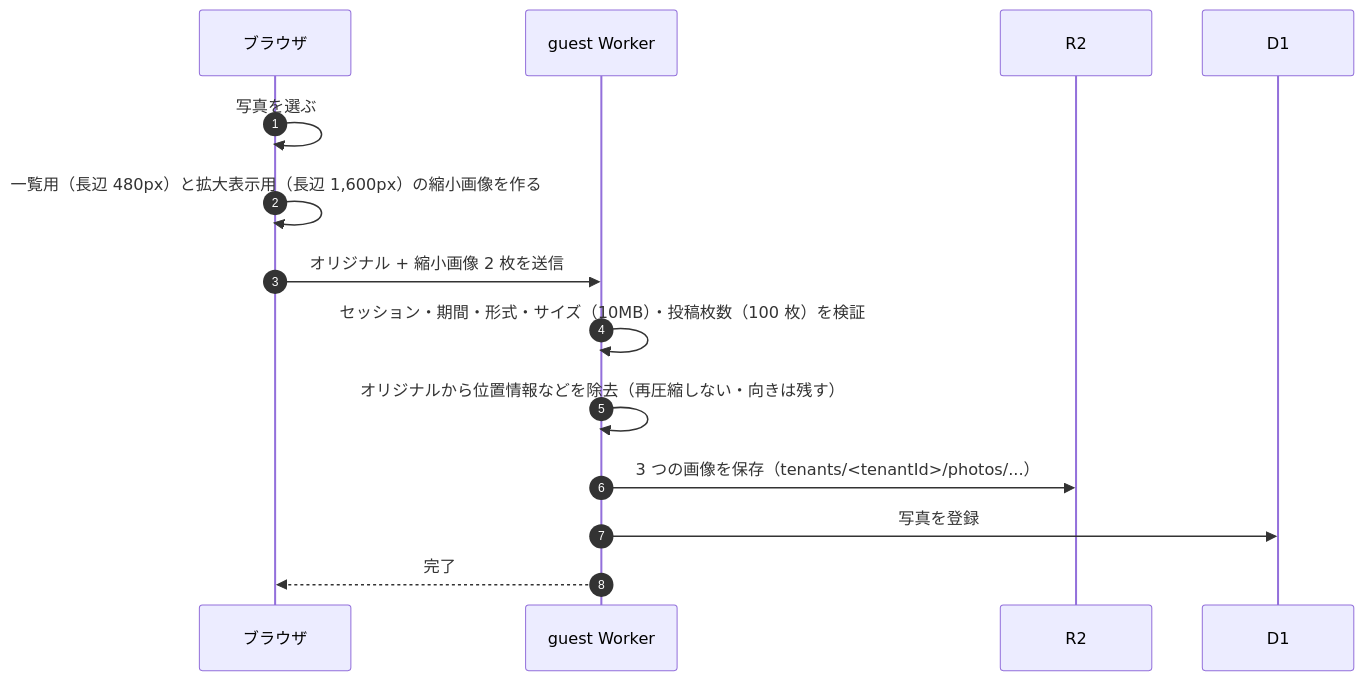
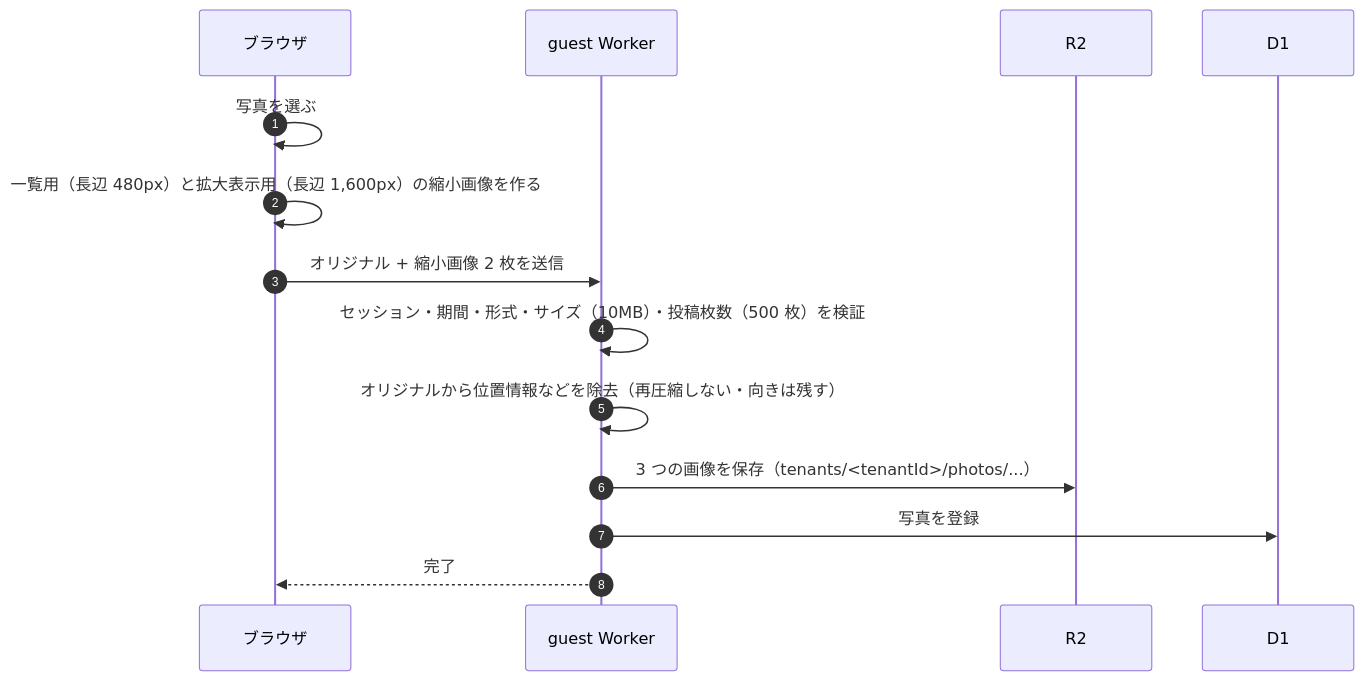
Before and after one commit to Nagomu0128/would-you-marry.me: the third of 3 diagrams in docs/design/architecture.md, drawn with Mermaid. The commit also changed other lines of this file and 16 other files, not shown here.

````diff
--- a/docs/design/architecture.md
+++ b/docs/design/architecture.md
@@ -219,16 +219,16 @@
 ```mermaid
 sequenceDiagram
     autonumber
     participant B as ブラウザ
     participant W as guest Worker
     participant R as R2
     participant D as D1
     B->>B: 写真を選ぶ
     B->>B: 一覧用（長辺 480px）と拡大表示用（長辺 1,600px）の縮小画像を作る
     B->>W: オリジナル + 縮小画像 2 枚を送信
-    W->>W: セッション・期間・形式・サイズ（10MB）・投稿枚数（100 枚）を検証
+    W->>W: セッション・期間・形式・サイズ（10MB）・投稿枚数（500 枚）を検証
     W->>W: オリジナルから位置情報などを除去（再圧縮しない・向きは残す）
     W->>R: 3 つの画像を保存（tenants/<tenantId>/photos/...）
     W->>D: 写真を登録
     W-->>B: 完了
 ```
````
